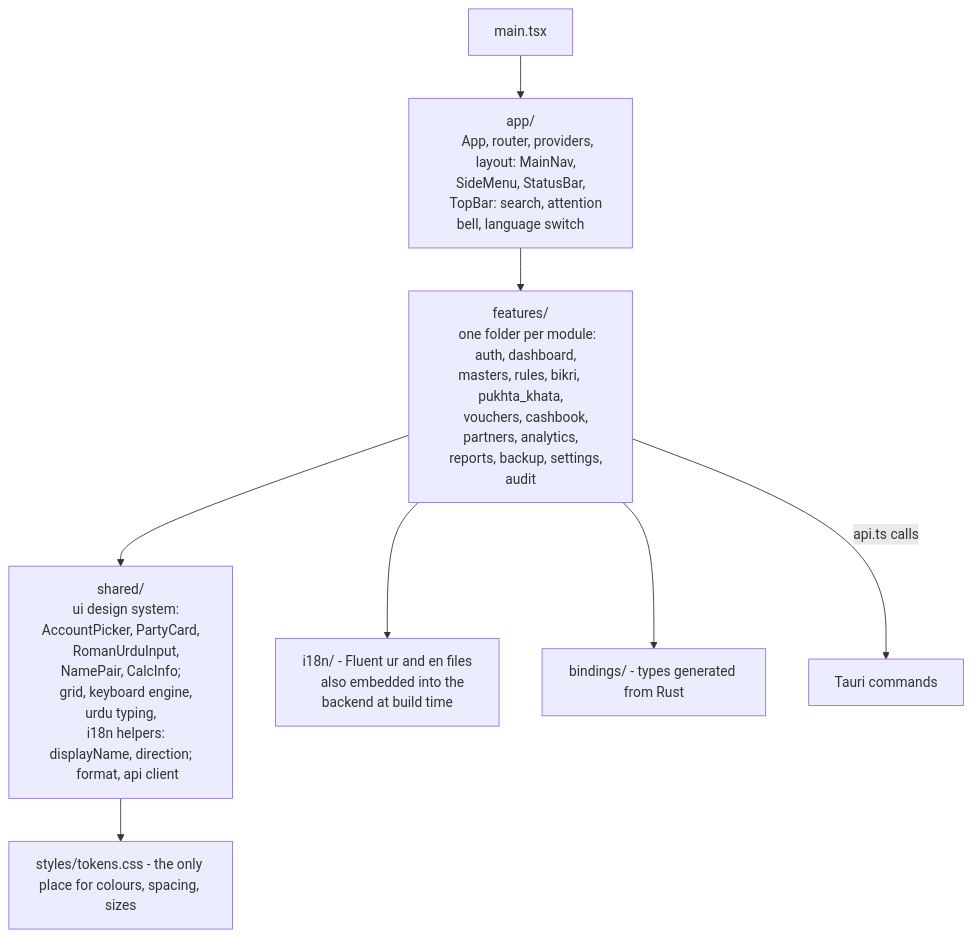
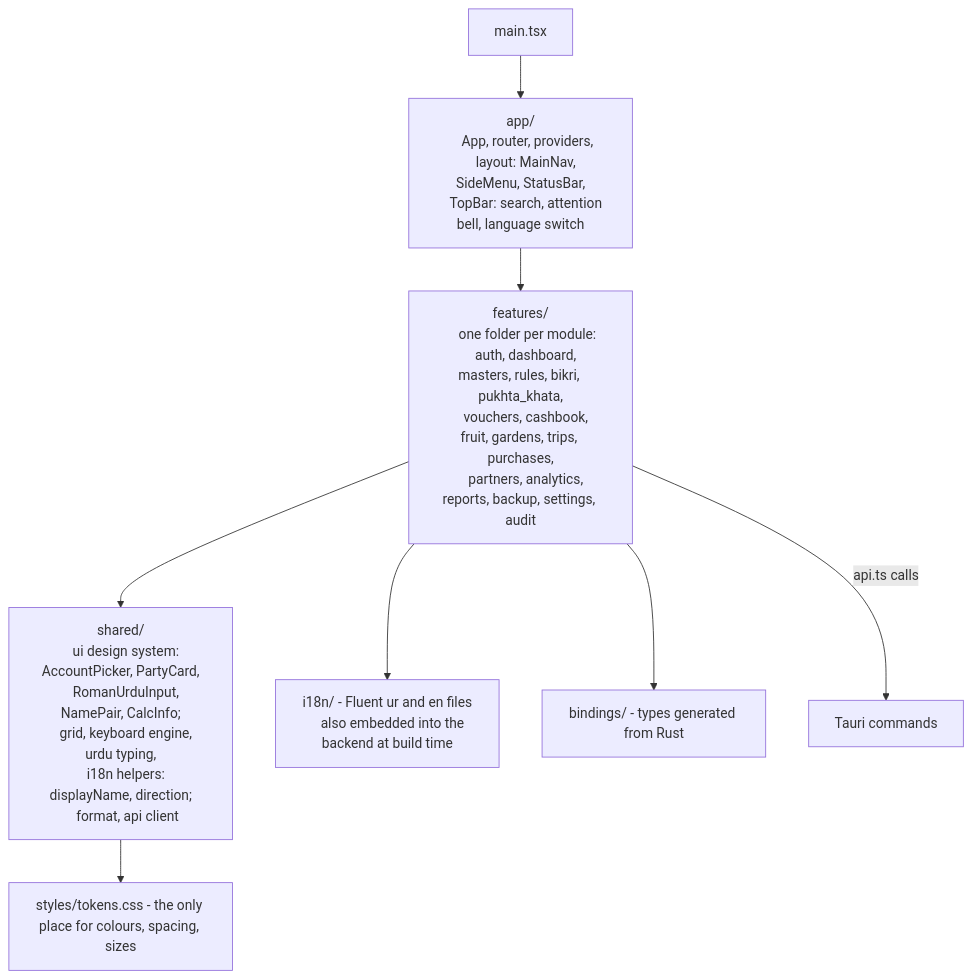
Before and after one commit to FaisalHanif12/Fruits-Mandi-Software: the fifth of 26 diagrams in .claude/rules/Architecture_v1.md, drawn with Mermaid. The commit also changed other lines of this file and 17 other files, not shown here.

````diff
--- a/.claude/rules/Architecture_v1.md
+++ b/.claude/rules/Architecture_v1.md
@@ -178,23 +178,23 @@
 ```mermaid
 flowchart TB
     MAIN["main.tsx"] --> APPSHELL["app/
     App, router, providers,
     layout: MainNav, SideMenu, StatusBar,
     TopBar: search, attention bell, language switch"]
     APPSHELL --> FEAT["features/
     one folder per module:
     auth, dashboard, masters, rules, bikri, pukhta_khata,
-    vouchers, cashbook, partners, analytics,
-    reports, backup, settings, audit"]
+    vouchers, cashbook, fruit, gardens, trips, purchases,
+    partners, analytics, reports, backup, settings, audit"]
     FEAT --> SHARED["shared/
     ui design system: AccountPicker, PartyCard,
     RomanUrduInput, NamePair, CalcInfo;
     grid, keyboard engine, urdu typing,
     i18n helpers: displayName, direction;
     format, api client"]
     FEAT --> I18N["i18n/ - Fluent ur and en files
     also embedded into the backend at build time"]
     FEAT --> BIND["bindings/ - types generated from Rust"]
     SHARED --> TOK["styles/tokens.css - the only place for colours, spacing, sizes"]
     FEAT -- "api.ts calls" --> TAURI["Tauri commands"]
 ```
````
